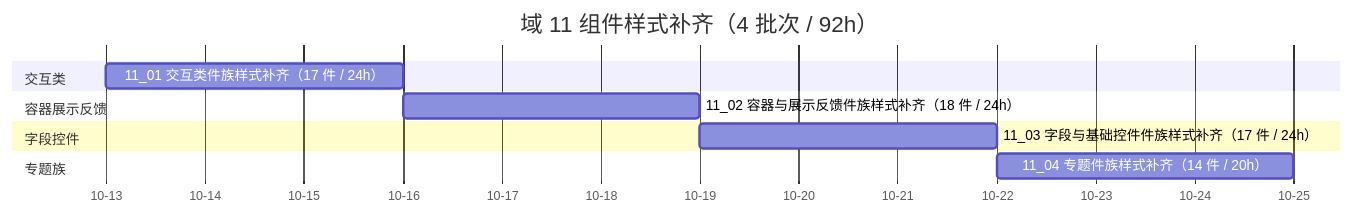
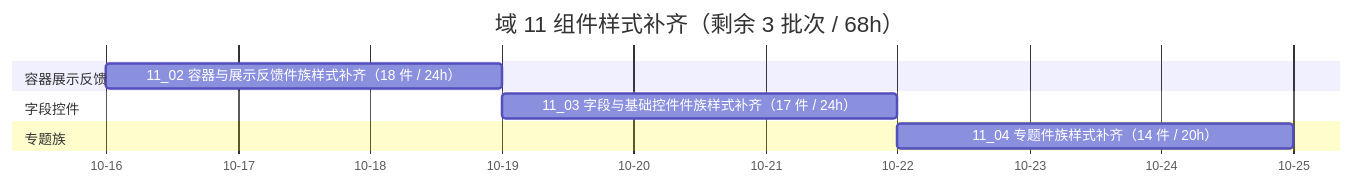
The diagram in bms文档/项目/04_前端组件库/计划/01_计划_前端组件库.md (minjian123/basic-management-system), drawn with Mermaid before and after one commit. The commit also changed other lines of this file and 13 other files, not shown here.

First line of the commit message:
docs(组件库): 11-01 交互类件族样式补齐实施与测试记录（原型对照 17 项 + 8 张截图）+ 计划与令牌登记

````diff
--- a/bms文档/项目/04_前端组件库/计划/01_计划_前端组件库.md
+++ b/bms文档/项目/04_前端组件库/计划/01_计划_前端组件库.md
@@ -91,14 +94,12 @@
 ```mermaid
 gantt
-    title 域 11 组件样式补齐（4 批次 / 92h）
+    title 域 11 组件样式补齐（剩余 3 批次 / 68h）
     dateFormat YYYY-MM-DD
     axisFormat %m-%d
-    section 交互类
-    11_01 交互类件族样式补齐（17 件 / 24h） :a1, 2026-10-13, 3d
     section 容器展示反馈
-    11_02 容器与展示反馈件族样式补齐（18 件 / 24h） :a2, after a1, 3d
+    11_02 容器与展示反馈件族样式补齐（18 件 / 24h） :a2, 2026-10-16, 3d
     section 字段控件
     11_03 字段与基础控件件族样式补齐（17 件 / 24h） :a3, after a2, 3d
     section 专题族
     11_04 专题件族样式补齐（14 件 / 20h） :a4, after a3, 3d
 ```
````
